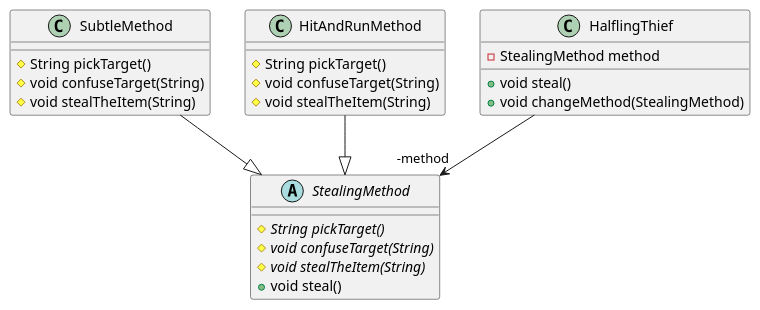
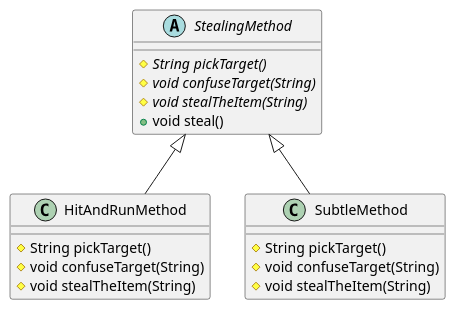
The diagram in design/design-pattern/src/main/java/com/dutianze/designpattern/behavioral/templatemethod/templatemethod.puml (duTianze/my-java), drawn with PlantUML before and after one commit. The commit also changed 7 other files, not shown here.

```diff
--- a/design/design-pattern/src/main/java/com/dutianze/designpattern/behavioral/templatemethod/templatemethod.puml
+++ b/design/design-pattern/src/main/java/com/dutianze/designpattern/behavioral/templatemethod/templatemethod.puml
@@ -1,28 +1,22 @@
 @startuml
+class HitAndRunMethod {
+# String pickTarget()
+# void confuseTarget(String)
+# void stealTheItem(String)
+}
 abstract class StealingMethod {
 # {abstract}String pickTarget()
 # {abstract}void confuseTarget(String)
 # {abstract}void stealTheItem(String)
 + void steal()
 }
 class SubtleMethod {
 # String pickTarget()
 # void confuseTarget(String)
 # void stealTheItem(String)
 }
-class HitAndRunMethod {
-# String pickTarget()
-# void confuseTarget(String)
-# void stealTheItem(String)
-}
-class HalflingThief {
-- StealingMethod method
-+ void steal()
-+ void changeMethod(StealingMethod)
-}
 
 
-HalflingThief -->  "-method" StealingMethod
-HitAndRunMethod --|> StealingMethod
-SubtleMethod --|> StealingMethod
+StealingMethod <|-- HitAndRunMethod
+StealingMethod <|-- SubtleMethod
 @enduml
```
